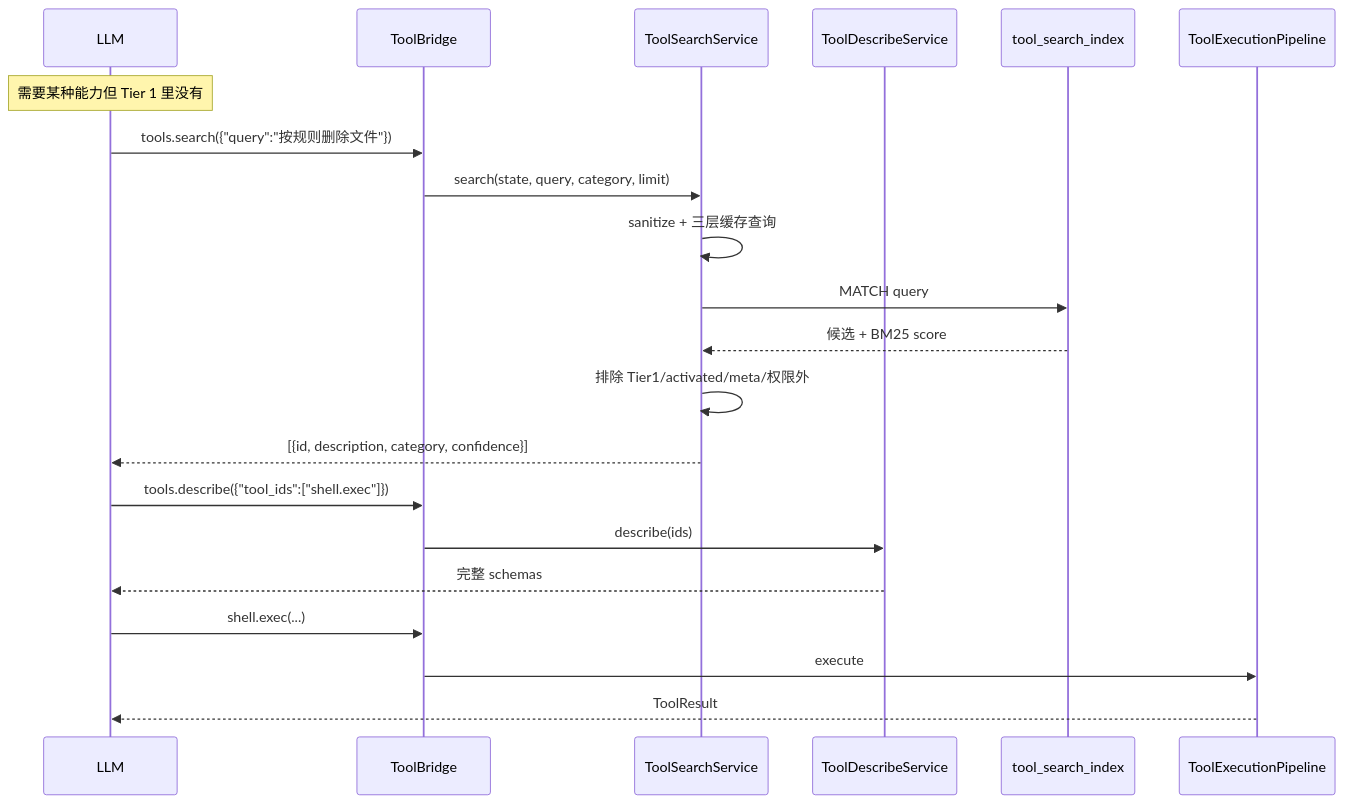
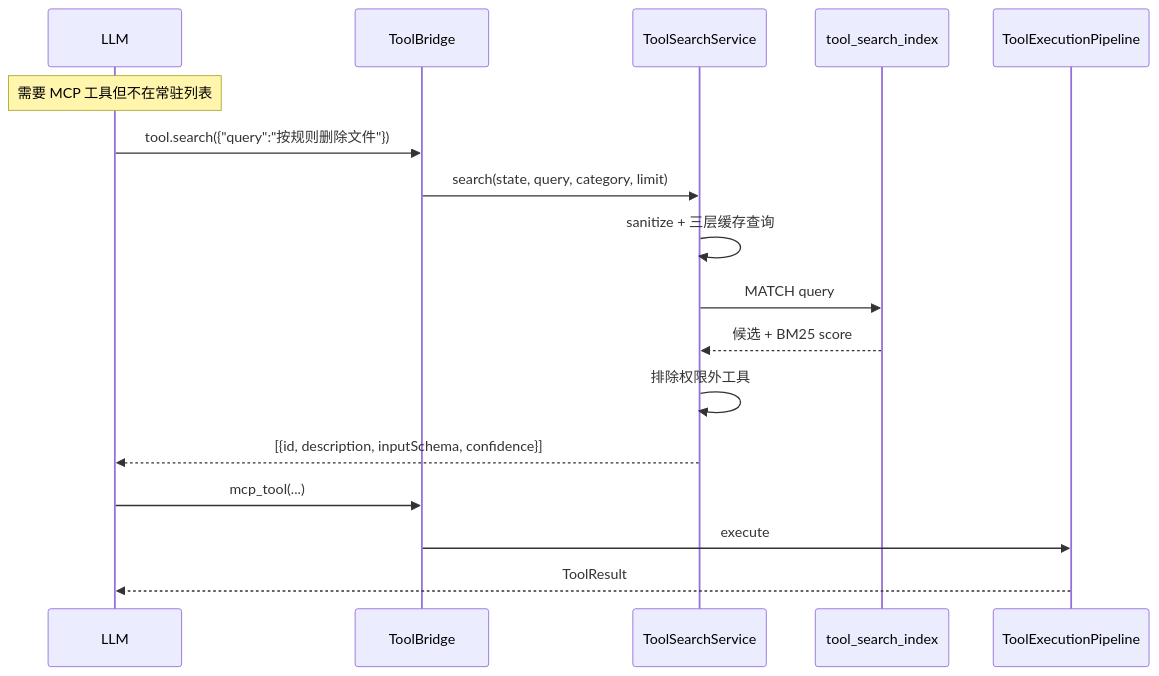
One commit to ntygod/LifePilot changed the third of 3 diagrams in docs/architecture/tool-ecosystem.md. Above: the diagram before and after it, drawn with Mermaid. The commit also changed other lines of this file and 20 other files, not shown here.

````diff
--- a/docs/architecture/tool-ecosystem.md
+++ b/docs/architecture/tool-ecosystem.md
@@ -169,24 +168,20 @@
 ```mermaid
 sequenceDiagram
     participant LLM as LLM
     participant BR as ToolBridge
     participant SS as ToolSearchService
-    participant DS as ToolDescribeService
     participant FTS as tool_search_index
     participant P as ToolExecutionPipeline
 
-    Note over LLM: 需要某种能力但 Tier 1 里没有
-    LLM->>BR: tools.search({"query":"按规则删除文件"})
+    Note over LLM: 需要 MCP 工具但不在常驻列表
+    LLM->>BR: tool.search({"query":"按规则删除文件"})
     BR->>SS: search(state, query, category, limit)
     SS->>SS: sanitize + 三层缓存查询
     SS->>FTS: MATCH query
     FTS-->>SS: 候选 + BM25 score
-    SS->>SS: 排除 Tier1/activated/meta/权限外
-    SS-->>LLM: [{id, description, category, confidence}]
-    LLM->>BR: tools.describe({"tool_ids":["shell.exec"]})
-    BR->>DS: describe(ids)
-    DS-->>LLM: 完整 schemas
-    LLM->>BR: shell.exec(...)
+    SS->>SS: 排除权限外工具
+    SS-->>LLM: [{id, description, inputSchema, confidence}]
+    LLM->>BR: mcp_tool(...)
     BR->>P: execute
     P-->>LLM: ToolResult
 ```
````
